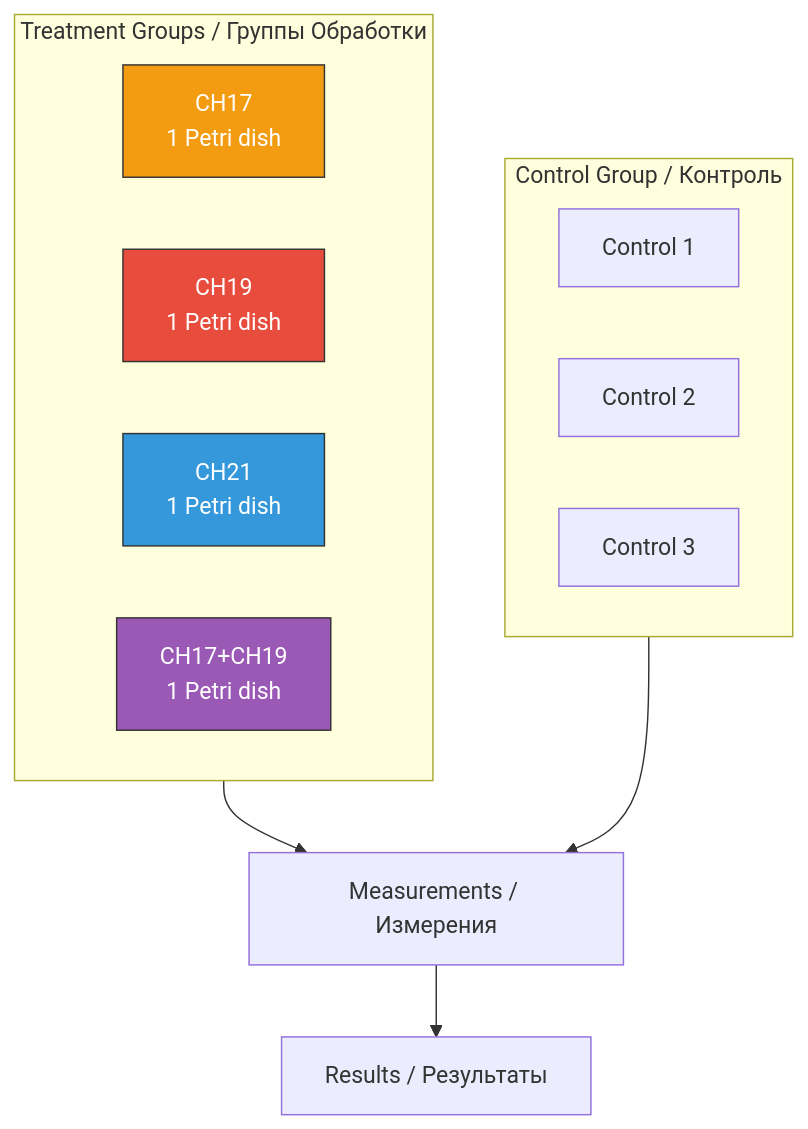
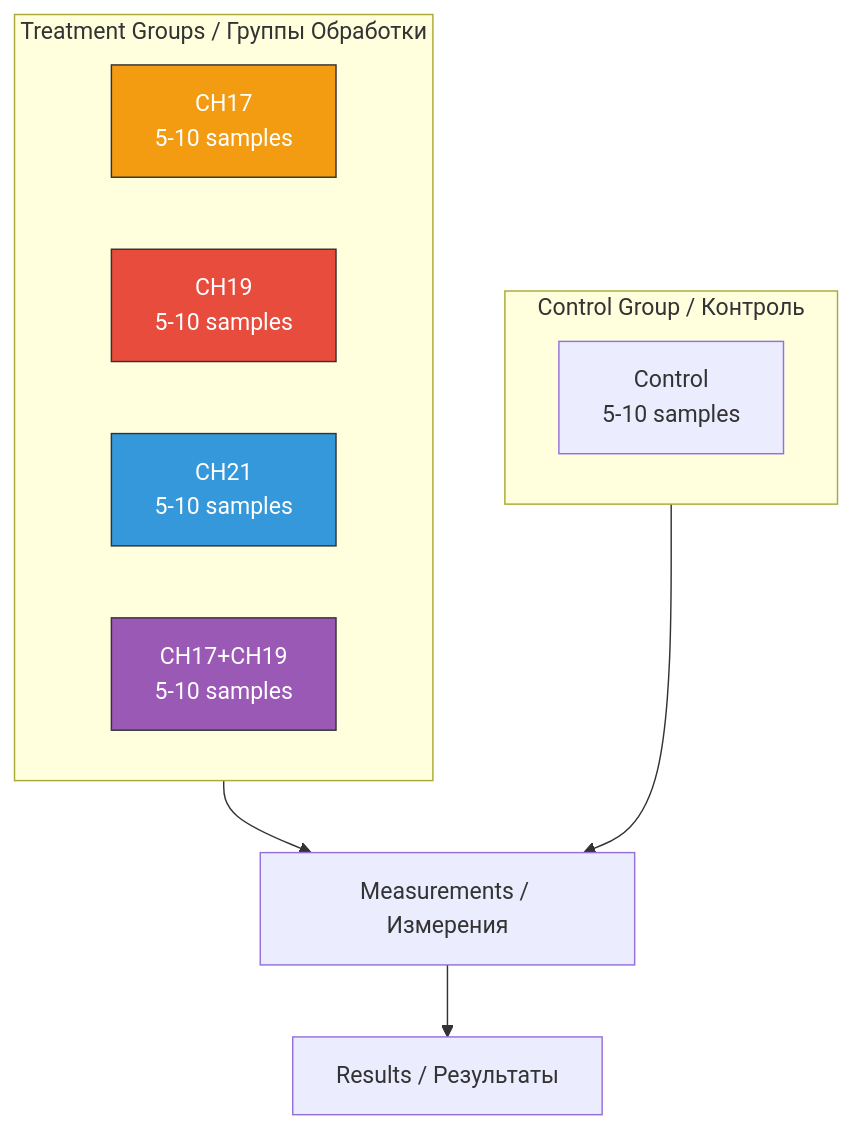
Before and after one commit to AdvancedScientificResearchProjects/Hyperbolic_Field_SaccharomycesCerevisiae_Study: the first of 4 diagrams in README.md, drawn with Mermaid. The commit also changed other lines of this file, not shown here.

````diff
--- a/README.md
+++ b/README.md
@@ -107,24 +178,22 @@
 ```mermaid
 flowchart TB
     subgraph Treatment[Treatment Groups / Группы Обработки]
-        CH17[CH17<br/>1 Petri dish]
-        CH19[CH19<br/>1 Petri dish]
-        CH21[CH21<br/>1 Petri dish]
-        CH1719[CH17+CH19<br/>1 Petri dish]
+        CH17[CH17<br/>5-10 samples]
+        CH19[CH19<br/>5-10 samples]
+        CH21[CH21<br/>5-10 samples]
+        CH1719[CH17+CH19<br/>5-10 samples]
     end
     
     subgraph Control[Control Group / Контроль]
-        C1[Control 1]
-        C2[Control 2]
-        C3[Control 3]
+        C[Control<br/>5-10 samples]
     end
     
     Treatment --> M[Measurements / Измерения]
     Control --> M
     M --> R[Results / Результаты]
 
     style CH19 fill:#e74c3c,stroke:#333,color:#fff
     style CH21 fill:#3498db,stroke:#333,color:#fff
     style CH17 fill:#f39c12,stroke:#333,color:#fff
     style CH1719 fill:#9b59b6,stroke:#333,color:#fff
 ```
````
